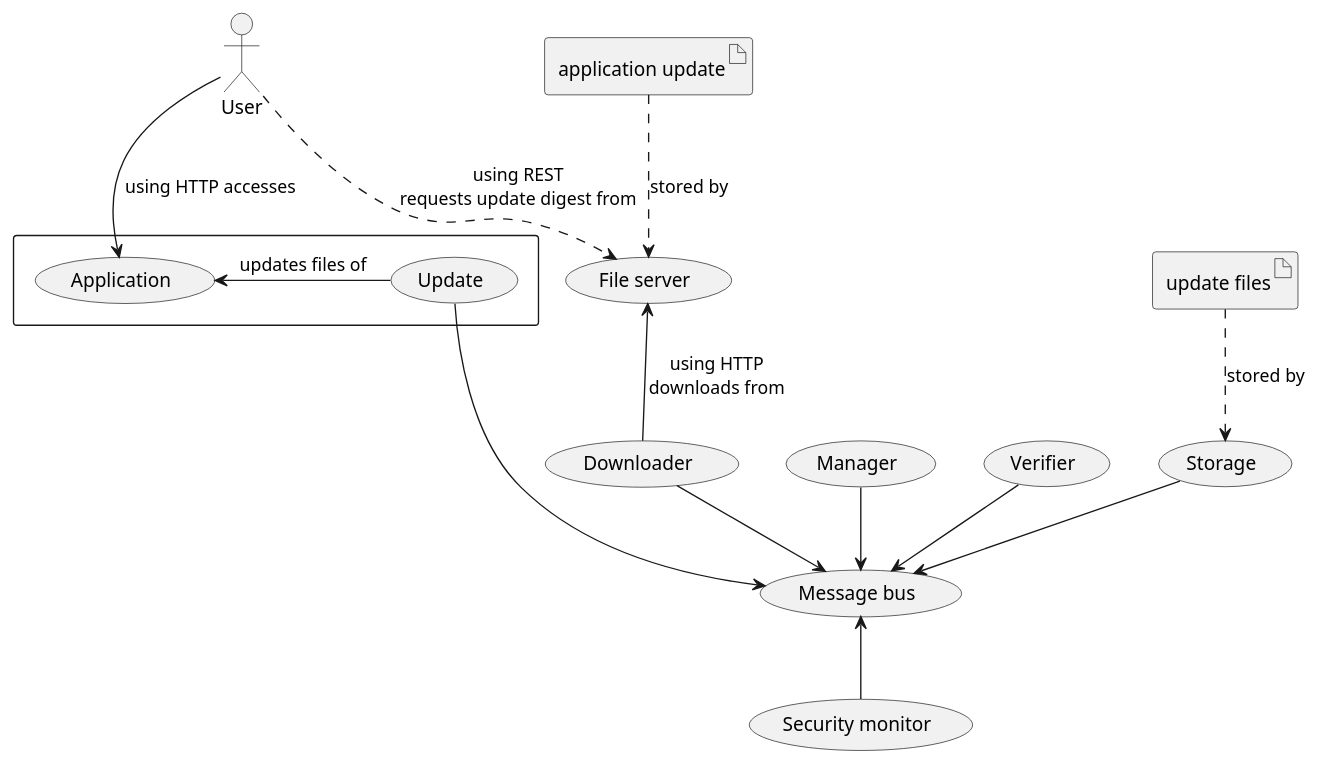
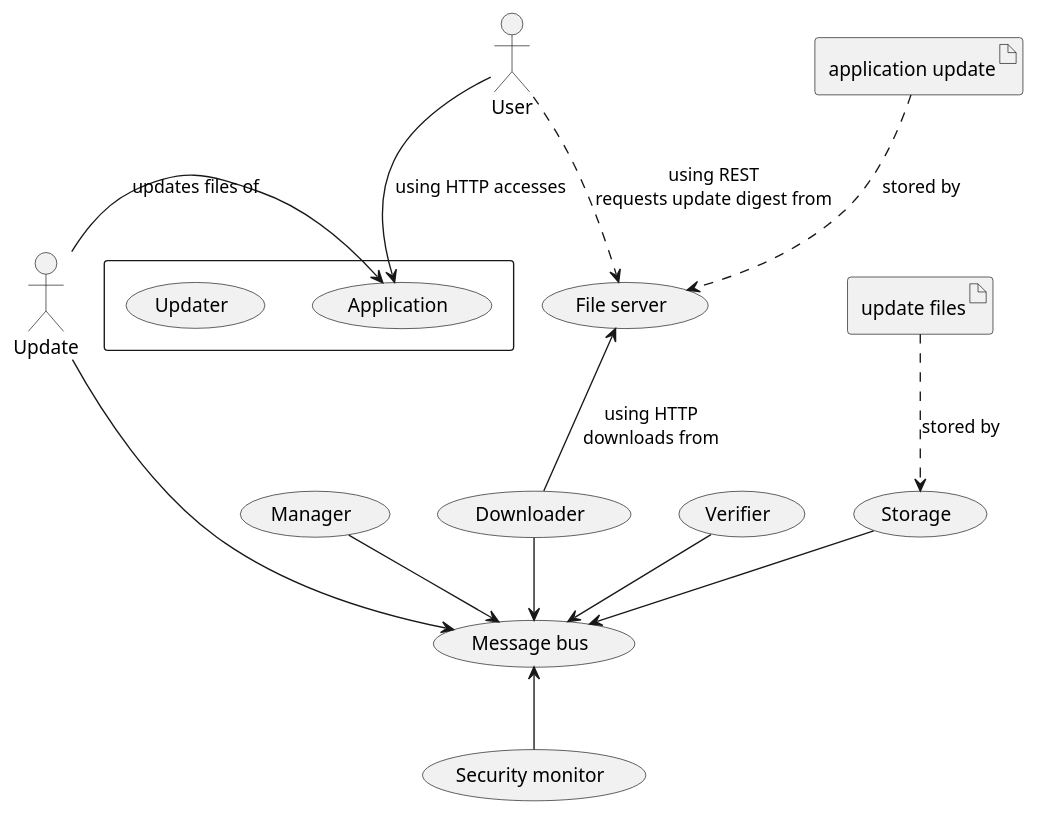
Before and after one commit to sergey-sobolev/secure-update: the diagram in docs/report/dfd.puml, drawn with PlantUML. The commit also changed 3 other files, not shown here.

```diff
--- a/docs/report/dfd.puml
+++ b/docs/report/dfd.puml
@@ -1,35 +1,35 @@
 @startuml
 
 
 rectangle {
-    (Update)
+    (Updater)
     (Application)
 }
 
 :User: --> Application: using HTTP accesses
 Application <- Update: updates files of
 
 (Manager)
 (File server) as server
 (Downloader) as downloader
 (Verifier)
 (Storage)
 (Message bus) as kafka
 (Security monitor) as monitor
 artifact "application update" as update
 artifact "update files" as updates
 
 update ..> server: stored by
 :User: ..> server: using REST\nrequests update digest from
 downloader -up-> server: using HTTP\ndownloads from
 updates ..> Storage: stored by
 
 Update -down-> kafka
 downloader -down-> kafka
 Storage -down-> kafka
 Manager -down-> kafka
 Verifier -down-> kafka
 monitor -up-> kafka
 
 
 @enduml
```
